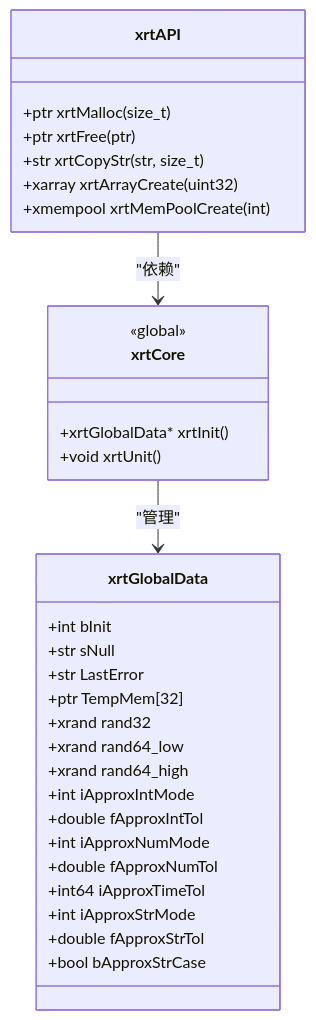
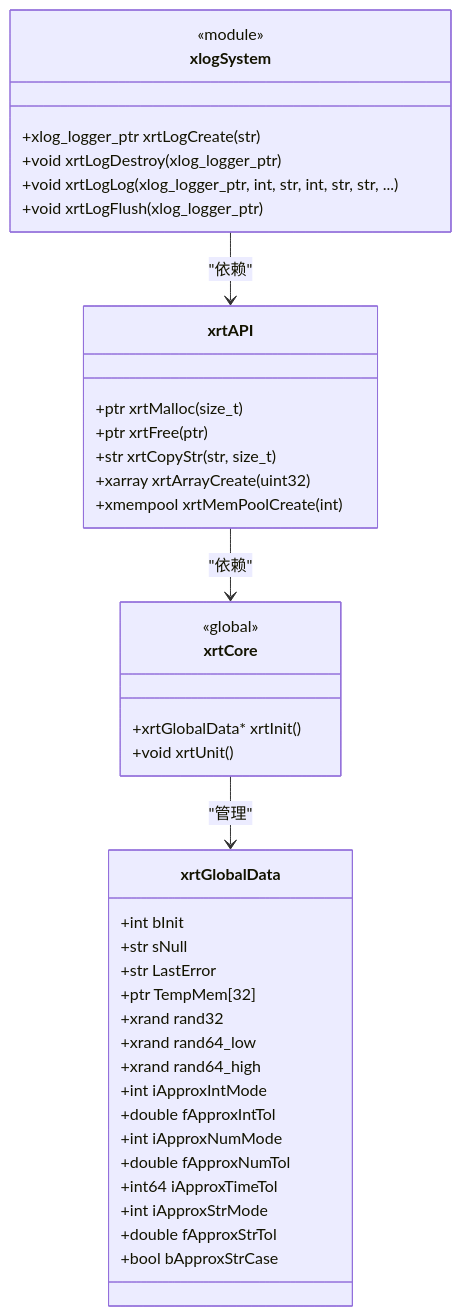
Before and after one commit to xywhsoft/xrt: the second of 9 diagrams in .qoder/repowiki/zh/content/构建与部署/单头文件分发系统.md, drawn with Mermaid. The commit also changed other lines of this file and 18 other files, not shown here.

````diff
--- a/.qoder/repowiki/zh/content/构建与部署/单头文件分发系统.md
+++ b/.qoder/repowiki/zh/content/构建与部署/单头文件分发系统.md
@@ -100,34 +121,42 @@
 ```mermaid
 classDiagram
 class xrtGlobalData {
 +int bInit
 +str sNull
 +str LastError
 +ptr TempMem[32]
 +xrand rand32
 +xrand rand64_low
 +xrand rand64_high
 +int iApproxIntMode
 +double fApproxIntTol
 +int iApproxNumMode
 +double fApproxNumTol
 +int64 iApproxTimeTol
 +int iApproxStrMode
 +double fApproxStrTol
 +bool bApproxStrCase
 }
 class xrtCore {
 <<global>>
 +xrtGlobalData* xrtInit()
 +void xrtUnit()
 }
 class xrtAPI {
 +ptr xrtMalloc(size_t)
 +ptr xrtFree(ptr)
 +str xrtCopyStr(str, size_t)
 +xarray xrtArrayCreate(uint32)
 +xmempool xrtMemPoolCreate(int)
 }
+class xlogSystem {
+<<module>>
++xlog_logger_ptr xrtLogCreate(str)
++void xrtLogDestroy(xlog_logger_ptr)
++void xrtLogLog(xlog_logger_ptr, int, str, int, str, str, ...)
++void xrtLogFlush(xlog_logger_ptr)
+}
 xrtCore --> xrtGlobalData : "管理"
 xrtAPI --> xrtCore : "依赖"
+xlogSystem --> xrtAPI : "依赖"
 ```
````
